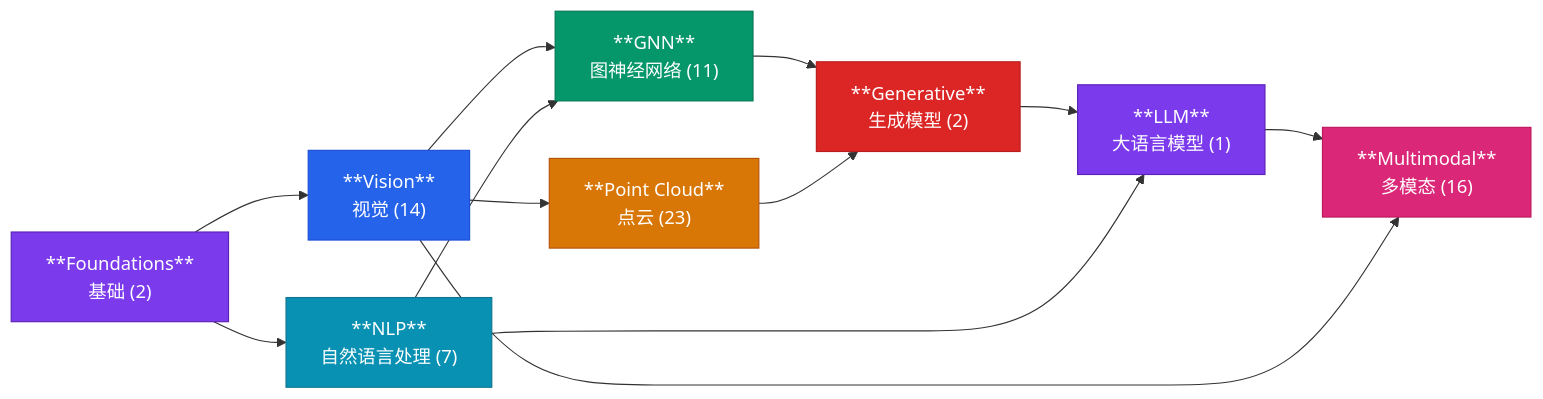
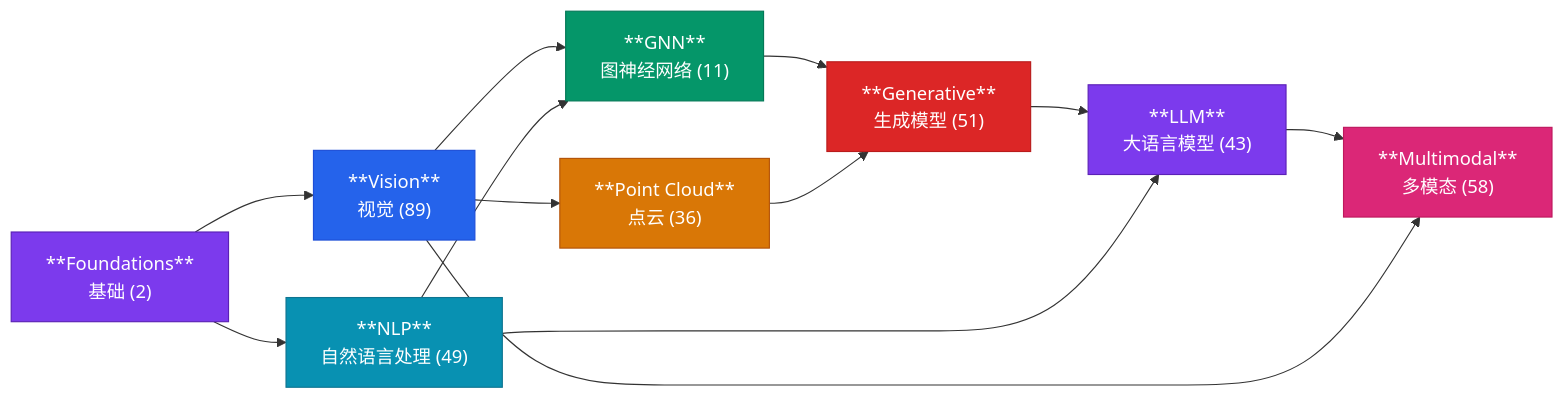
One commit to skygazer42/DL-Hub changed the diagram in docs/tracks/index.md. Above: the diagram before and after it, drawn with Mermaid. The commit also changed other lines of this file and 855 other files, not shown here.

````diff
--- a/docs/tracks/index.md
+++ b/docs/tracks/index.md
@@ -14,23 +14,23 @@
 ```mermaid
 flowchart LR
-    A["**Foundations**\n基础 (2)"] --> B["**Vision**\n视觉 (14)"]
-    A --> C["**NLP**\n自然语言处理 (7)"]
+    A["**Foundations**\n基础 (2)"] --> B["**Vision**\n视觉 (89)"]
+    A --> C["**NLP**\n自然语言处理 (49)"]
     B --> D["**GNN**\n图神经网络 (11)"]
     C --> D
-    B --> E["**Point Cloud**\n点云 (23)"]
-    D --> F["**Generative**\n生成模型 (2)"]
+    B --> E["**Point Cloud**\n点云 (36)"]
+    D --> F["**Generative**\n生成模型 (51)"]
     E --> F
-    F --> G["**LLM**\n大语言模型 (1)"]
+    F --> G["**LLM**\n大语言模型 (43)"]
     C --> G
-    G --> H["**Multimodal**\n多模态 (16)"]
+    G --> H["**Multimodal**\n多模态 (58)"]
     B --> H
 
     style A fill:#7c3aed,color:#fff,stroke:#5b21b6
     style B fill:#2563eb,color:#fff,stroke:#1d4ed8
     style C fill:#0891b2,color:#fff,stroke:#0e7490
     style D fill:#059669,color:#fff,stroke:#047857
     style E fill:#d97706,color:#fff,stroke:#b45309
     style F fill:#dc2626,color:#fff,stroke:#b91c1c
     style G fill:#7c3aed,color:#fff,stroke:#5b21b6
     style H fill:#db2777,color:#fff,stroke:#be185d
 ```
````
